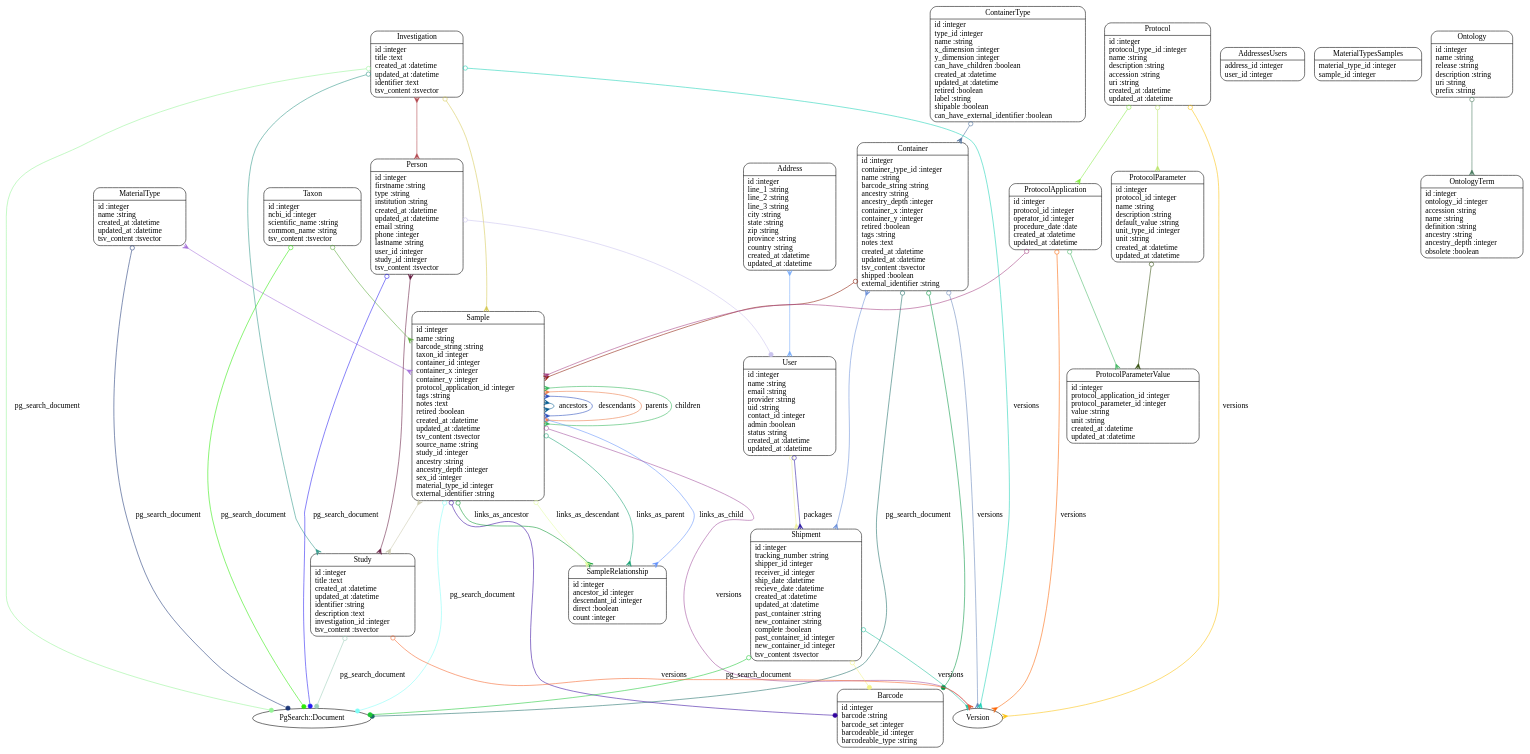
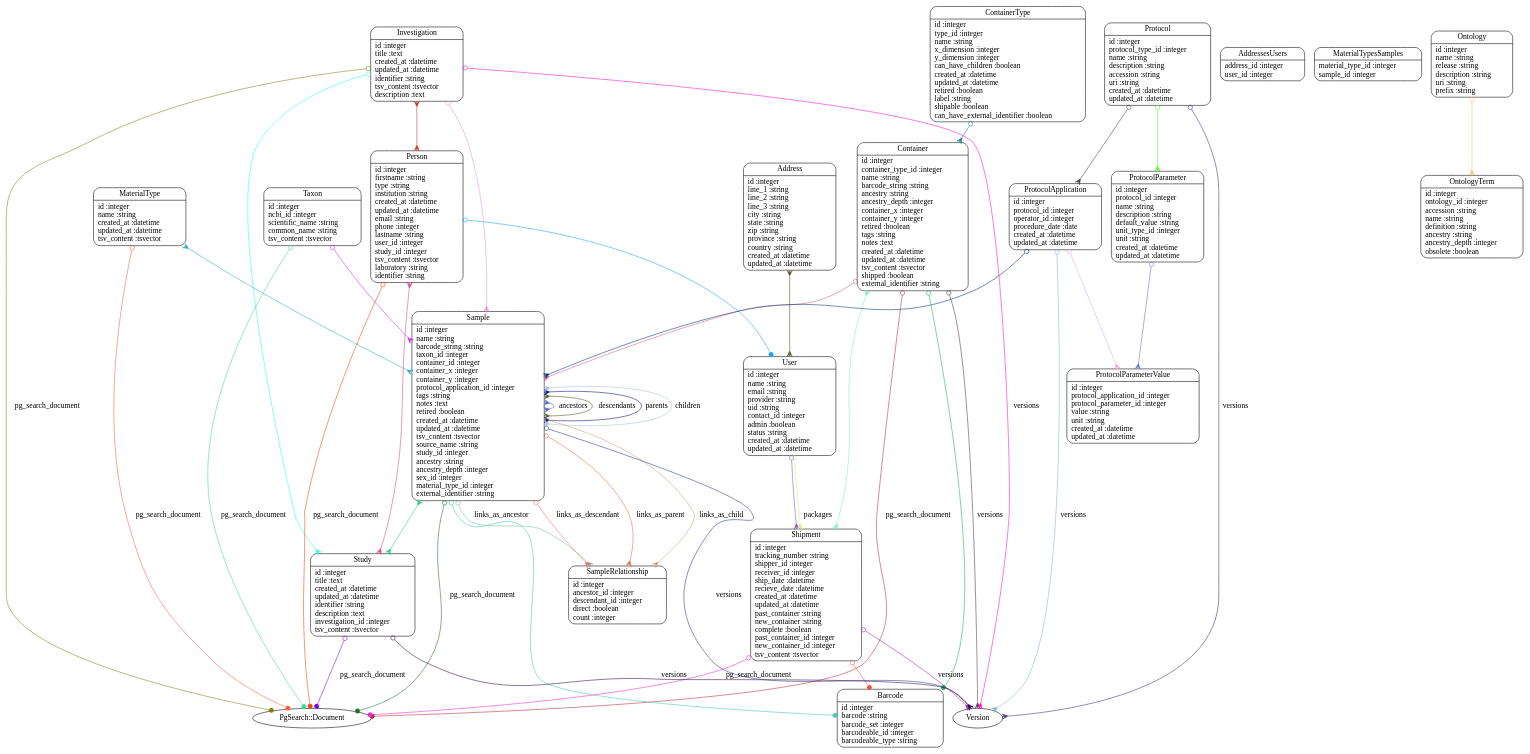
The diagram in models.dot (dimitras/collos), drawn with Graphviz before and after one commit. The commit also changed 37 other files, not shown here.

```diff
--- a/models.dot
+++ b/models.dot
@@ -5,12 +5,12 @@
 	"Barcode" [shape=Mrecord, label="{Barcode|id :integer\lbarcode :string\lbarcode_set :integer\lbarcodeable_id :integer\lbarcodeable_type :string\l}"]
 	"Container" [shape=Mrecord, label="{Container|id :integer\lcontainer_type_id :integer\lname :string\lbarcode_string :string\lancestry :string\lancestry_depth :integer\lcontainer_x :integer\lcontainer_y :integer\lretired :boolean\ltags :string\lnotes :text\lcreated_at :datetime\lupdated_at :datetime\ltsv_content :tsvector\lshipped :boolean\lexternal_identifier :string\l}"]
 	"ContainerType" [shape=Mrecord, label="{ContainerType|id :integer\ltype_id :integer\lname :string\lx_dimension :integer\ly_dimension :integer\lcan_have_children :boolean\lcreated_at :datetime\lupdated_at :datetime\lretired :boolean\llabel :string\lshipable :boolean\lcan_have_external_identifier :boolean\l}"]
-	"Investigation" [shape=Mrecord, label="{Investigation|id :integer\ltitle :text\lcreated_at :datetime\lupdated_at :datetime\lidentifier :text\ltsv_content :tsvector\l}"]
+	"Investigation" [shape=Mrecord, label="{Investigation|id :integer\ltitle :text\lcreated_at :datetime\lupdated_at :datetime\lidentifier :string\ltsv_content :tsvector\ldescription :text\l}"]
 	"MaterialType" [shape=Mrecord, label="{MaterialType|id :integer\lname :string\lcreated_at :datetime\lupdated_at :datetime\ltsv_content :tsvector\l}"]
 	"MaterialTypesSamples" [shape=Mrecord, label="{MaterialTypesSamples|material_type_id :integer\lsample_id :integer\l}"]
 	"Ontology" [shape=Mrecord, label="{Ontology|id :integer\lname :string\lrelease :string\ldescription :string\luri :string\lprefix :string\l}"]
 	"OntologyTerm" [shape=Mrecord, label="{OntologyTerm|id :integer\lontology_id :integer\laccession :string\lname :string\ldefinition :string\lancestry :string\lancestry_depth :integer\lobsolete :boolean\l}"]
-	"Person" [shape=Mrecord, label="{Person|id :integer\lfirstname :string\ltype :string\linstitution :string\lcreated_at :datetime\lupdated_at :datetime\lemail :string\lphone :integer\llastname :string\luser_id :integer\lstudy_id :integer\ltsv_content :tsvector\l}"]
+	"Person" [shape=Mrecord, label="{Person|id :integer\lfirstname :string\ltype :string\linstitution :string\lcreated_at :datetime\lupdated_at :datetime\lemail :string\lphone :integer\llastname :string\luser_id :integer\lstudy_id :integer\ltsv_content :tsvector\llaboratory :string\lidentifier :string\l}"]
 	"Protocol" [shape=Mrecord, label="{Protocol|id :integer\lprotocol_type_id :integer\lname :string\ldescription :string\laccession :string\luri :string\lcreated_at :datetime\lupdated_at :datetime\l}"]
 	"ProtocolApplication" [shape=Mrecord, label="{ProtocolApplication|id :integer\lprotocol_id :integer\loperator_id :integer\lprocedure_date :date\lcreated_at :datetime\lupdated_at :datetime\l}"]
 	"ProtocolParameter" [shape=Mrecord, label="{ProtocolParameter|id :integer\lprotocol_id :integer\lname :string\ldescription :string\ldefault_value :string\lunit_type_id :integer\lunit :string\lcreated_at :datetime\lupdated_at :datetime\l}"]
@@ -21,50 +21,50 @@
 	"Study" [shape=Mrecord, label="{Study|id :integer\ltitle :text\lcreated_at :datetime\lupdated_at :datetime\lidentifier :string\ldescription :text\linvestigation_id :integer\ltsv_content :tsvector\l}"]
 	"Taxon" [shape=Mrecord, label="{Taxon|id :integer\lncbi_id :integer\lscientific_name :string\lcommon_name :string\ltsv_content :tsvector\l}"]
 	"User" [shape=Mrecord, label="{User|id :integer\lname :string\lemail :string\lprovider :string\luid :string\lcontact_id :integer\ladmin :boolean\lstatus :string\lcreated_at :datetime\lupdated_at :datetime\l}"]
-	"Address" -> "User" [arrowtail=crow, arrowhead=crow, dir=both color="#76ACFB"]
-	"Container" -> "Sample" [arrowtail=odot, arrowhead=crow, dir=both color="#8A1500"]
-	"Container" -> "Barcode" [arrowtail=odot, arrowhead=dot, dir=both color="#01953F"]
-	"Container" -> "Shipment" [arrowtail=crow, arrowhead=crow, dir=both color="#698ED8"]
-	"Container" -> "PgSearch::Document" [label="pg_search_document", arrowtail=odot, arrowhead=dot, dir=both color="#1B6B66"]
-	"Container" -> "Version" [label="versions", arrowtail=odot, arrowhead=crow, dir=both color="#6483B9"]
-	"ContainerType" -> "Container" [arrowtail=odot, arrowhead=crow, dir=both color="#496E9C"]
-	"Investigation" -> "Study" [arrowtail=odot, arrowhead=crow, dir=both color="#2B9485"]
-	"Investigation" -> "Sample" [arrowtail=odot, arrowhead=crow, dir=both color="#D5C852"]
-	"Investigation" -> "Person" [arrowtail=crow, arrowhead=crow, dir=both color="#B2434B"]
-	"Investigation" -> "PgSearch::Document" [label="pg_search_document", arrowtail=odot, arrowhead=dot, dir=both color="#95F496"]
-	"Investigation" -> "Version" [label="versions", arrowtail=odot, arrowhead=crow, dir=both color="#19D1B5"]
-	"MaterialType" -> "Sample" [arrowtail=crow, arrowhead=crow, dir=both color="#A470DA"]
-	"MaterialType" -> "PgSearch::Document" [label="pg_search_document", arrowtail=odot, arrowhead=dot, dir=both color="#1C3777"]
-	"Ontology" -> "OntologyTerm" [arrowtail=odot, arrowhead=crow, dir=both color="#427558"]
-	"Person" -> "Study" [arrowtail=crow, arrowhead=crow, dir=both color="#63173E"]
-	"Person" -> "User" [arrowtail=odot, arrowhead=dot, dir=both color="#C9C3EE"]
-	"Person" -> "PgSearch::Document" [label="pg_search_document", arrowtail=odot, arrowhead=dot, dir=both color="#261CF3"]
-	"Protocol" -> "ProtocolApplication" [arrowtail=odot, arrowhead=crow, dir=both color="#83EA41"]
-	"Protocol" -> "ProtocolParameter" [arrowtail=odot, arrowhead=crow, dir=both color="#BDE56D"]
-	"Protocol" -> "Version" [label="versions", arrowtail=odot, arrowhead=crow, dir=both color="#FCC109"]
-	"ProtocolApplication" -> "Sample" [arrowtail=odot, arrowhead=crow, dir=both color="#A33C80"]
-	"ProtocolApplication" -> "ProtocolParameterValue" [arrowtail=odot, arrowhead=crow, dir=both color="#45B864"]
-	"ProtocolApplication" -> "Version" [label="versions", arrowtail=odot, arrowhead=crow, dir=both color="#FB6200"]
-	"ProtocolParameter" -> "ProtocolParameterValue" [arrowtail=odot, arrowhead=crow, dir=both color="#324E0C"]
-	"Sample" -> "Barcode" [arrowtail=odot, arrowhead=dot, dir=both color="#33059E"]
-	"Sample" -> "Study" [arrowtail=crow, arrowhead=crow, dir=both color="#CAC7AD"]
-	"Sample" -> "SampleRelationship" [label="links_as_ancestor", arrowtail=odot, arrowhead=crow, dir=both color="#06962E"]
-	"Sample" -> "SampleRelationship" [label="links_as_descendant", arrowtail=odot, arrowhead=crow, dir=both color="#E1FD9D"]
-	"Sample" -> "Sample" [label="ancestors", arrowtail=crow, arrowhead=crow, dir=both color="#01598E"]
-	"Sample" -> "Sample" [label="descendants", arrowtail=crow, arrowhead=crow, dir=both color="#2448BB"]
-	"Sample" -> "SampleRelationship" [label="links_as_parent", arrowtail=odot, arrowhead=crow, dir=both color="#17A172"]
-	"Sample" -> "SampleRelationship" [label="links_as_child", arrowtail=odot, arrowhead=crow, dir=both color="#6090FC"]
-	"Sample" -> "Sample" [label="parents", arrowtail=crow, arrowhead=crow, dir=both color="#EB7945"]
-	"Sample" -> "Sample" [label="children", arrowtail=crow, arrowhead=crow, dir=both color="#2FB657"]
-	"Sample" -> "PgSearch::Document" [label="pg_search_document", arrowtail=odot, arrowhead=dot, dir=both color="#81FEF7"]
-	"Sample" -> "Version" [label="versions", arrowtail=odot, arrowhead=crow, dir=both color="#9F4A9B"]
-	"Shipment" -> "Barcode" [arrowtail=odot, arrowhead=dot, dir=both color="#F3F286"]
-	"Shipment" -> "PgSearch::Document" [label="pg_search_document", arrowtail=odot, arrowhead=dot, dir=both color="#1DC734"]
-	"Shipment" -> "Version" [label="versions", arrowtail=odot, arrowhead=crow, dir=both color="#1DBF9A"]
-	"Study" -> "PgSearch::Document" [label="pg_search_document", arrowtail=odot, arrowhead=dot, dir=both color="#9BCDBA"]
-	"Study" -> "Version" [label="versions", arrowtail=odot, arrowhead=crow, dir=both color="#F66025"]
-	"Taxon" -> "Sample" [arrowtail=odot, arrowhead=crow, dir=both color="#57A936"]
-	"Taxon" -> "PgSearch::Document" [label="pg_search_document", arrowtail=odot, arrowhead=dot, dir=both color="#2CEB05"]
-	"User" -> "Shipment" [arrowtail=odot, arrowhead=crow, dir=both color="#EFF19C"]
-	"User" -> "Shipment" [label="packages", arrowtail=odot, arrowhead=crow, dir=both color="#2815A2"]
+	"Address" -> "User" [arrowtail=crow, arrowhead=crow, dir=both color="#604725"]
+	"Container" -> "Sample" [arrowtail=odot, arrowhead=crow, dir=both color="#C96287"]
+	"Container" -> "Barcode" [arrowtail=odot, arrowhead=dot, dir=both color="#13B446"]
+	"Container" -> "Shipment" [arrowtail=crow, arrowhead=crow, dir=both color="#76F1C6"]
+	"Container" -> "PgSearch::Document" [label="pg_search_document", arrowtail=odot, arrowhead=dot, dir=both color="#B52A40"]
+	"Container" -> "Version" [label="versions", arrowtail=odot, arrowhead=crow, dir=both color="#543444"]
+	"ContainerType" -> "Container" [arrowtail=odot, arrowhead=crow, dir=both color="#147B97"]
+	"Investigation" -> "Study" [arrowtail=odot, arrowhead=crow, dir=both color="#2BFBE9"]
+	"Investigation" -> "Sample" [arrowtail=odot, arrowhead=crow, dir=both color="#ED93CF"]
+	"Investigation" -> "Person" [arrowtail=crow, arrowhead=crow, dir=both color="#C12E28"]
+	"Investigation" -> "PgSearch::Document" [label="pg_search_document", arrowtail=odot, arrowhead=dot, dir=both color="#828012"]
+	"Investigation" -> "Version" [label="versions", arrowtail=odot, arrowhead=crow, dir=both color="#F910C6"]
+	"MaterialType" -> "Sample" [arrowtail=crow, arrowhead=crow, dir=both color="#25AFB6"]
+	"MaterialType" -> "PgSearch::Document" [label="pg_search_document", arrowtail=odot, arrowhead=dot, dir=both color="#FB5D3B"]
+	"Ontology" -> "OntologyTerm" [arrowtail=odot, arrowhead=crow, dir=both color="#E9C576"]
+	"Person" -> "Study" [arrowtail=crow, arrowhead=crow, dir=both color="#E04187"]
+	"Person" -> "User" [arrowtail=odot, arrowhead=dot, dir=both color="#19A1FA"]
+	"Person" -> "PgSearch::Document" [label="pg_search_document", arrowtail=odot, arrowhead=dot, dir=both color="#F24207"]
+	"Protocol" -> "ProtocolApplication" [arrowtail=odot, arrowhead=crow, dir=both color="#3D4741"]
+	"Protocol" -> "ProtocolParameter" [arrowtail=odot, arrowhead=crow, dir=both color="#4BFB2B"]
+	"Protocol" -> "Version" [label="versions", arrowtail=odot, arrowhead=crow, dir=both color="#342E78"]
+	"ProtocolApplication" -> "Sample" [arrowtail=odot, arrowhead=crow, dir=both color="#053070"]
+	"ProtocolApplication" -> "ProtocolParameterValue" [arrowtail=odot, arrowhead=crow, dir=both color="#F2A0D9"]
+	"ProtocolApplication" -> "Version" [label="versions", arrowtail=odot, arrowhead=crow, dir=both color="#83B2CE"]
+	"ProtocolParameter" -> "ProtocolParameterValue" [arrowtail=odot, arrowhead=crow, dir=both color="#686CC7"]
+	"Sample" -> "Barcode" [arrowtail=odot, arrowhead=dot, dir=both color="#41C6AF"]
+	"Sample" -> "Study" [arrowtail=crow, arrowhead=crow, dir=both color="#18D17E"]
+	"Sample" -> "SampleRelationship" [label="links_as_ancestor", arrowtail=odot, arrowhead=crow, dir=both color="#71BE9D"]
+	"Sample" -> "SampleRelationship" [label="links_as_descendant", arrowtail=odot, arrowhead=crow, dir=both color="#E8696E"]
+	"Sample" -> "Sample" [label="ancestors", arrowtail=crow, arrowhead=crow, dir=both color="#4C67AC"]
+	"Sample" -> "Sample" [label="descendants", arrowtail=crow, arrowhead=crow, dir=both color="#465A1E"]
+	"Sample" -> "SampleRelationship" [label="links_as_parent", arrowtail=odot, arrowhead=crow, dir=both color="#E36B3B"]
+	"Sample" -> "SampleRelationship" [label="links_as_child", arrowtail=odot, arrowhead=crow, dir=both color="#D09B77"]
+	"Sample" -> "Sample" [label="parents", arrowtail=crow, arrowhead=crow, dir=both color="#030C81"]
+	"Sample" -> "Sample" [label="children", arrowtail=crow, arrowhead=crow, dir=both color="#A7BEDB"]
+	"Sample" -> "PgSearch::Document" [label="pg_search_document", arrowtail=odot, arrowhead=dot, dir=both color="#1D712E"]
+	"Sample" -> "Version" [label="versions", arrowtail=odot, arrowhead=crow, dir=both color="#2A3689"]
+	"Shipment" -> "Barcode" [arrowtail=odot, arrowhead=dot, dir=both color="#FA4C43"]
+	"Shipment" -> "PgSearch::Document" [label="pg_search_document", arrowtail=odot, arrowhead=dot, dir=both color="#EE29D2"]
+	"Shipment" -> "Version" [label="versions", arrowtail=odot, arrowhead=crow, dir=both color="#A620A6"]
+	"Study" -> "PgSearch::Document" [label="pg_search_document", arrowtail=odot, arrowhead=dot, dir=both color="#7B09E2"]
+	"Study" -> "Version" [label="versions", arrowtail=odot, arrowhead=crow, dir=both color="#310742"]
+	"Taxon" -> "Sample" [arrowtail=odot, arrowhead=crow, dir=both color="#CD26EB"]
+	"Taxon" -> "PgSearch::Document" [label="pg_search_document", arrowtail=odot, arrowhead=dot, dir=both color="#2FDA9E"]
+	"User" -> "Shipment" [arrowtail=odot, arrowhead=crow, dir=both color="#824EDF"]
+	"User" -> "Shipment" [label="packages", arrowtail=odot, arrowhead=crow, dir=both color="#D6F17B"]
 }
```
